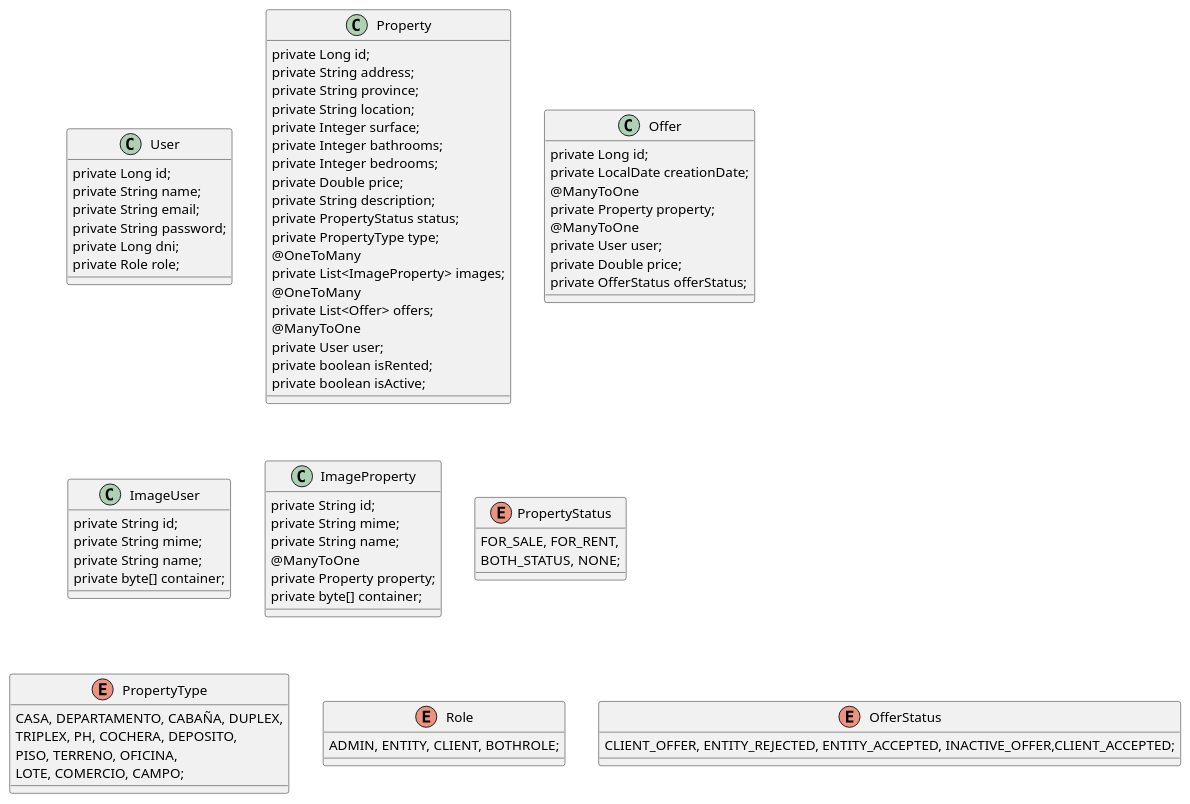
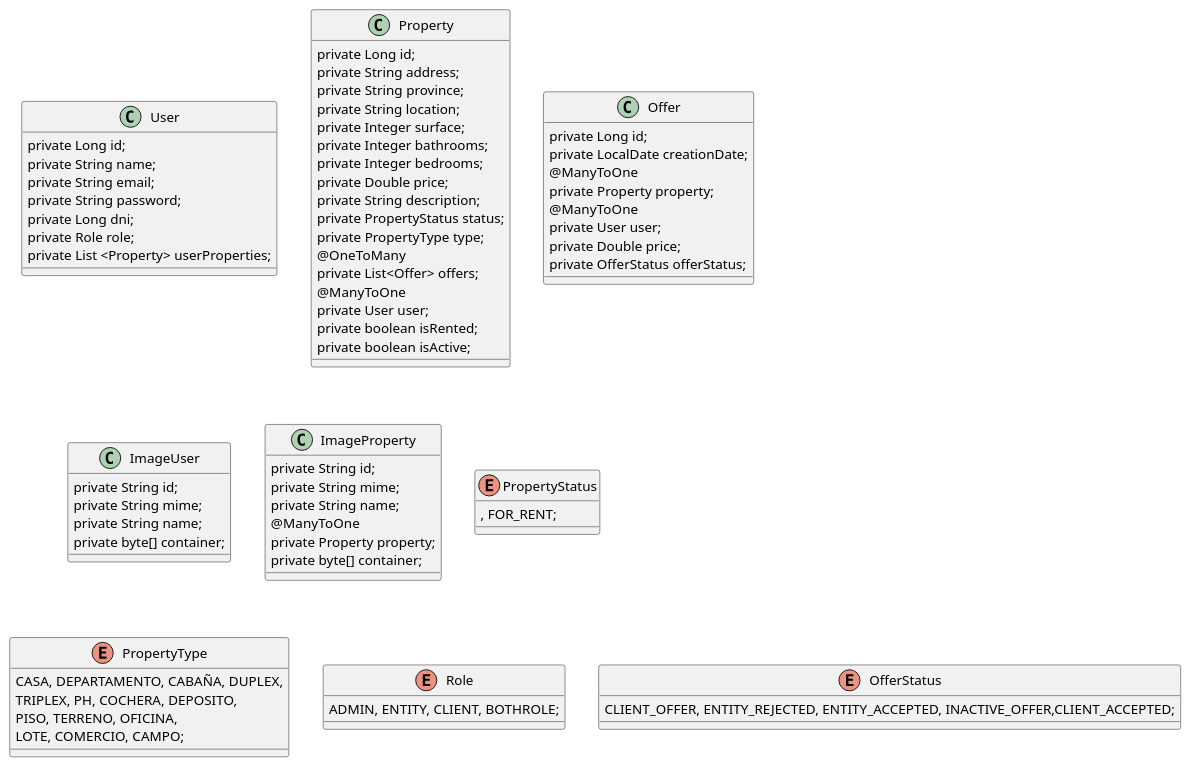
One commit to dfernando2/ProyectoFinalEquipoF changed the diagram in Inmobiliaria/src/main/resources/inmobiliariaBasic2.puml. Above: the diagram before and after it, drawn with PlantUML. The commit also changed 76 other files, not shown here.

```diff
--- a/Inmobiliaria/src/main/resources/inmobiliariaBasic2.puml
+++ b/Inmobiliaria/src/main/resources/inmobiliariaBasic2.puml
@@ -1,78 +1,76 @@
 @startuml
 'https://plantuml.com/class-diagram
 
 class User {
 
     private Long id;
     private String name;
     private String email;
     private String password;
     private Long dni;
     private Role role;
+    private List <Property> userProperties;
        }
 class Property {
         private Long id;
         private String address;
         private String province;
         private String location;
         private Integer surface;
         private Integer bathrooms;
         private Integer bedrooms;
         private Double price;
         private String description;
         private PropertyStatus status;
         private PropertyType type;
-        @OneToMany
-        private List<ImageProperty> images;
         @OneToMany
         private List<Offer> offers;
         @ManyToOne
         private User user;
         private boolean isRented;
         private boolean isActive;
         }
 class Offer {
     private Long id;
     private LocalDate creationDate;
     @ManyToOne
     private Property property;
     @ManyToOne
     private User user;
     private Double price;
     private OfferStatus offerStatus;
     }
 class ImageUser {
     private String id;
     private String mime;
     private String name;
     private byte[] container;
                 }
 class ImageProperty {
     private String id;
     private String mime;
     private String name;
     @ManyToOne
     private Property property;
     private byte[] container;
     }
 
 enum PropertyStatus {
-    FOR_SALE, FOR_RENT,
-    BOTH_STATUS, NONE;
+    , FOR_RENT;
 }
 enum PropertyType {
     CASA, DEPARTAMENTO, CABAÑA, DUPLEX,
     TRIPLEX, PH, COCHERA, DEPOSITO,
     PISO, TERRENO, OFICINA,
     LOTE, COMERCIO, CAMPO;
 }
 enum Role {
     ADMIN, ENTITY, CLIENT, BOTHROLE;
 }
 enum OfferStatus {
     CLIENT_OFFER, ENTITY_REJECTED, ENTITY_ACCEPTED, INACTIVE_OFFER,CLIENT_ACCEPTED;
 }
 
 
 
 @enduml
```
